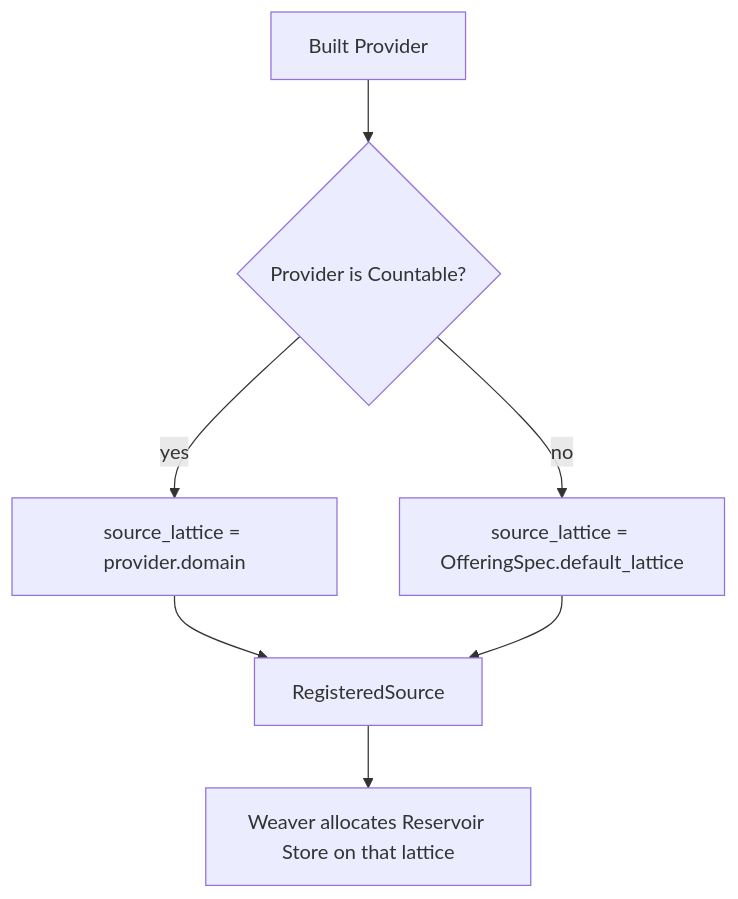
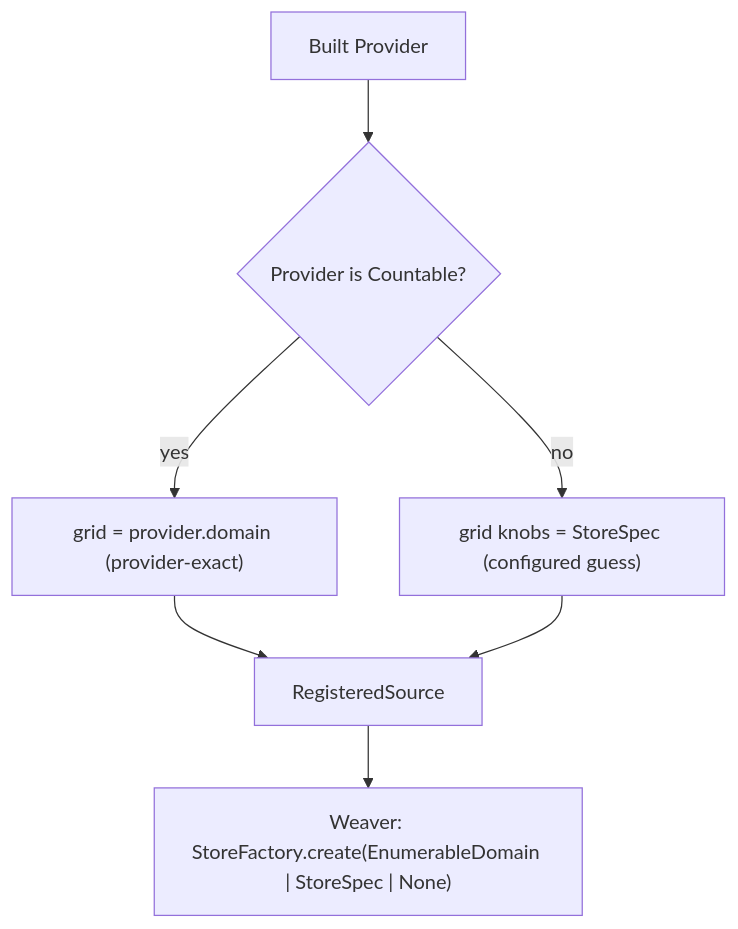
The fourth of 4 diagrams in docs/adr/0005-build-time-composition.md (dveyarangi/meteoscape), drawn with Mermaid before and after one commit. The commit also changed other lines of this file and 13 other files, not shown here.

````diff
--- a/docs/adr/0005-build-time-composition.md
+++ b/docs/adr/0005-build-time-composition.md
@@ -74,9 +74,9 @@
 ```mermaid
 flowchart TD
   P[Built Provider] --> C{Provider is Countable?}
-  C -->|yes| N["source_lattice = provider.domain"]
-  C -->|no| G["source_lattice = OfferingSpec.default_lattice"]
+  C -->|yes| N["grid = provider.domain (provider-exact)"]
+  C -->|no| G["grid knobs = StoreSpec (configured guess)"]
   N --> S[RegisteredSource]
   G --> S
-  S --> W["Weaver allocates Reservoir Store on that lattice"]
+  S --> W["Weaver: StoreFactory.create(EnumerableDomain | StoreSpec | None)"]
 ```
````
